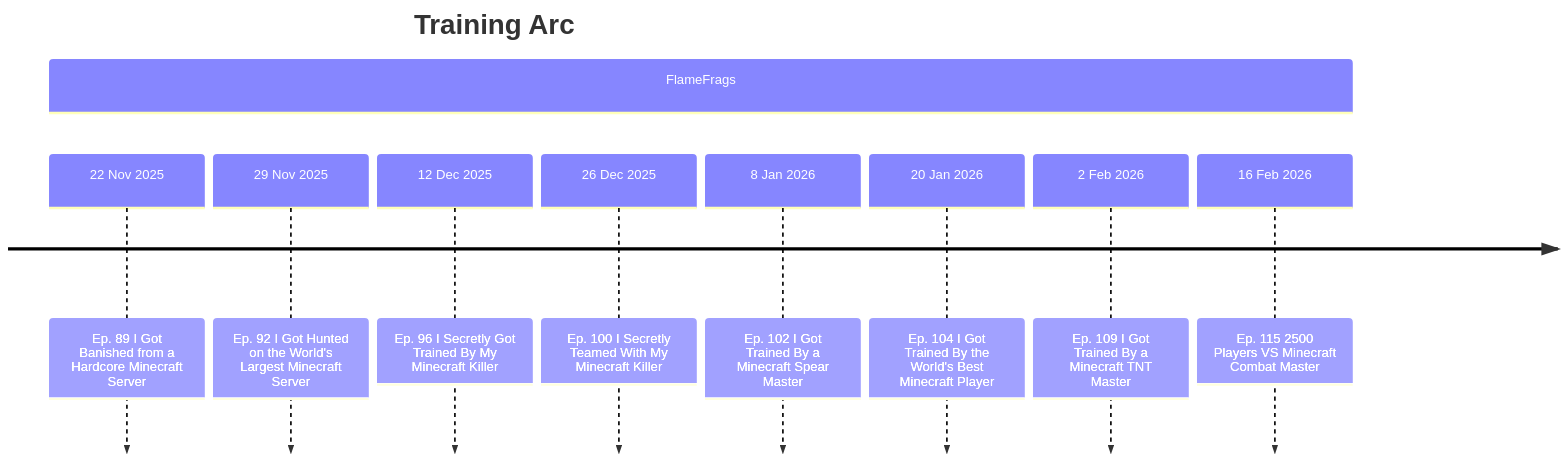
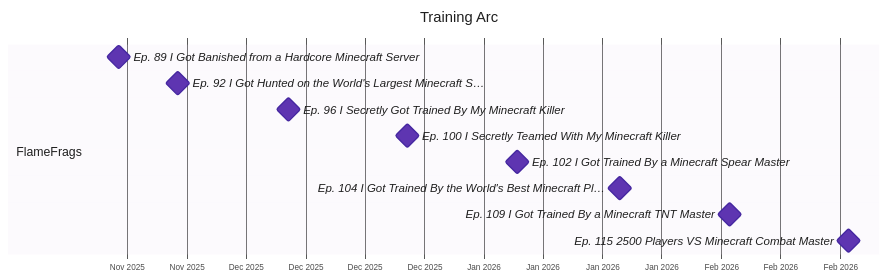
One commit to That1Guy005/Unstable-Wiki changed the diagram in docs/arcs/training-arc.md. Above: the diagram before and after it, drawn with Mermaid. The commit also changed other lines of this file and 57 other files, not shown here.

Commit message:
feat: improved readability charts

````diff
--- a/docs/arcs/training-arc.md
+++ b/docs/arcs/training-arc.md
@@ -23,13 +25,17 @@
 ```mermaid
-timeline
+%%{init: {"theme": "base", "themeVariables": {"fontFamily": "Roboto, Helvetica, Arial, sans-serif", "fontSize": "15px", "primaryTextColor": "#1f1f1f", "textColor": "#1f1f1f", "titleColor": "#1f1f1f", "gridColor": "#d0d0d8", "taskBkgColor": "#5e35b1", "taskBorderColor": "#4527a0", "taskTextColor": "#ffffff", "taskTextLightColor": "#ffffff", "taskTextDarkColor": "#1f1f1f", "taskTextOutsideColor": "#1f1f1f", "taskTextClickableColor": "#1f1f1f", "sectionBkgColor": "#ede7f6", "altSectionBkgColor": "#ffffff", "sectionBkgColor2": "#fff3d6"}, "gantt": {"barHeight": 26, "barGap": 6, "fontSize": 14, "sectionFontSize": 15, "leftPadding": 135, "topPadding": 54, "gridLineStartPadding": 40, "titleTopMargin": 24}, "themeCSS": ".titleText{font-size:20px;font-weight:600;fill:#1f1f1f} .sectionTitle{font-size:15px;font-weight:600;fill:#1f1f1f} .tick text{font-size:13px;fill:#333} .taskText,.taskTextOutsideRight,.taskTextOutsideLeft{font-size:14px} .milestone{fill:#5e35b1;stroke:#4527a0}"}}%%
+gantt
     title Training Arc
+    dateFormat YYYY-MM-DD
+    axisFormat %b %Y
+    todayMarker off
     section FlameFrags
-        22 Nov 2025 : Ep. 89 I Got Banished from a Hardcore Minecraft Server
-        29 Nov 2025 : Ep. 92 I Got Hunted on the World's Largest Minecraft Server
-        12 Dec 2025 : Ep. 96 I Secretly Got Trained By My Minecraft Killer
-        26 Dec 2025 : Ep. 100 I Secretly Teamed With My Minecraft Killer
-        8 Jan 2026 : Ep. 102 I Got Trained By a Minecraft Spear Master
-        20 Jan 2026 : Ep. 104 I Got Trained By the World's Best Minecraft Player
-        2 Feb 2026 : Ep. 109 I Got Trained By a Minecraft TNT Master
-        16 Feb 2026 : Ep. 115 2500 Players VS Minecraft Combat Master
+    Ep. 89 I Got Banished from a Hardcore Minecraft Server : milestone, m0, 2025-11-22, 0d
+    Ep. 92 I Got Hunted on the World's Largest Minecraft S… : milestone, m1, 2025-11-29, 0d
+    Ep. 96 I Secretly Got Trained By My Minecraft Killer : milestone, m2, 2025-12-12, 0d
+    Ep. 100 I Secretly Teamed With My Minecraft Killer : milestone, m3, 2025-12-26, 0d
+    Ep. 102 I Got Trained By a Minecraft Spear Master : milestone, m4, 2026-01-08, 0d
+    Ep. 104 I Got Trained By the World's Best Minecraft Pl… : milestone, m5, 2026-01-20, 0d
+    Ep. 109 I Got Trained By a Minecraft TNT Master : milestone, m6, 2026-02-02, 0d
+    Ep. 115 2500 Players VS Minecraft Combat Master : milestone, m7, 2026-02-16, 0d
 ```
````
